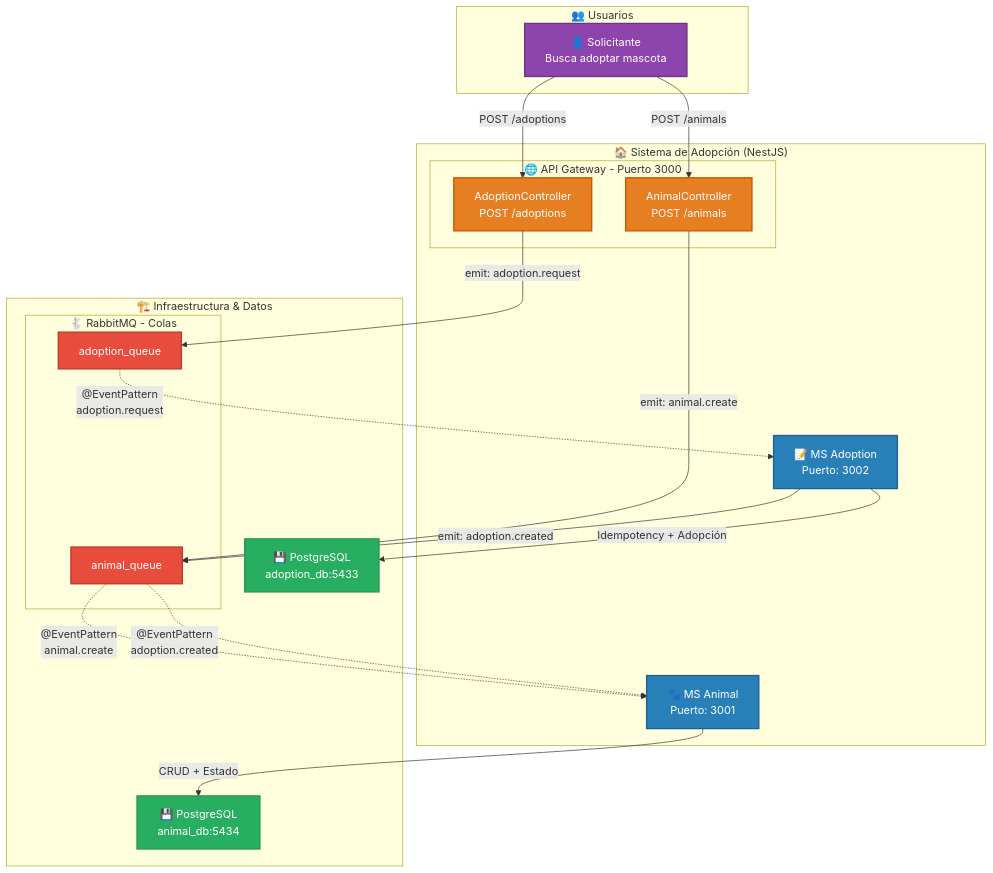
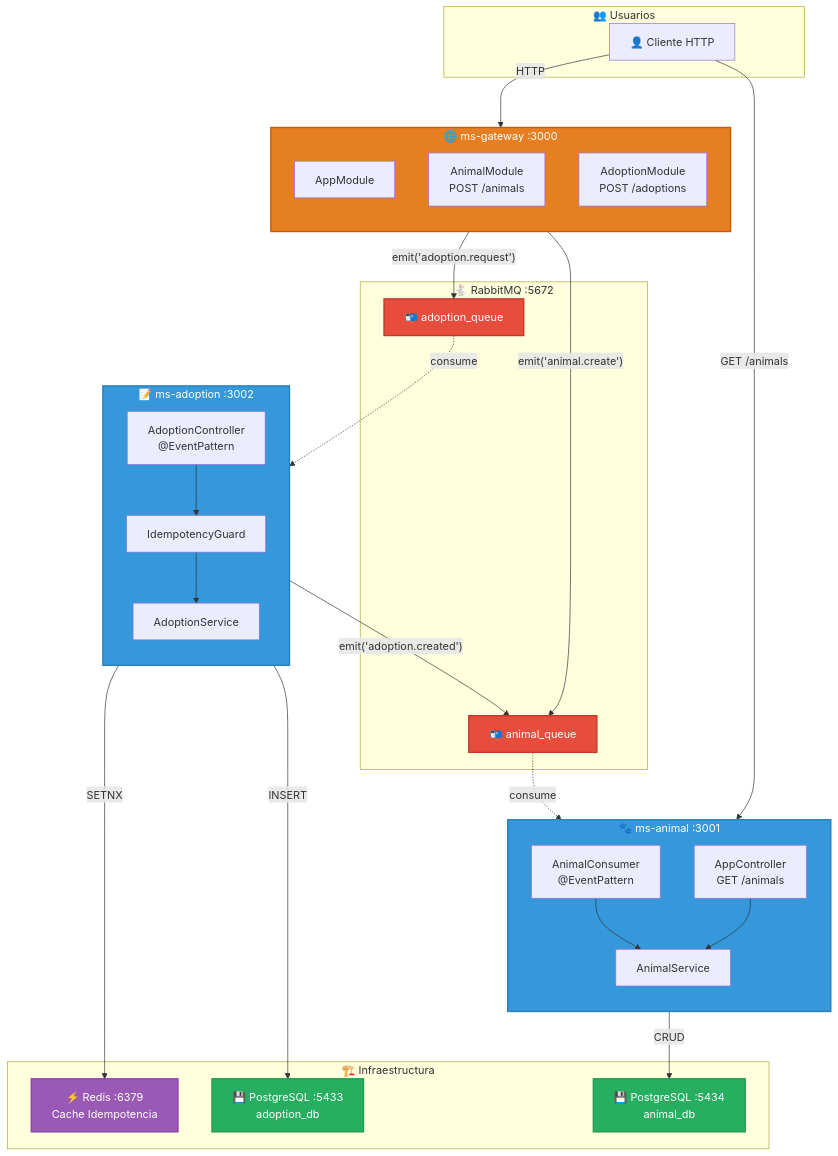
Before and after one commit to justinz12xd/practicaweb-resilencia: the first of 3 diagrams in README.md, drawn with Mermaid. The commit also changed other lines of this file and 6 other files, not shown here.

Commit message:
diagrama nuevo con redis

````diff
--- a/README.md
+++ b/README.md
@@ -5,65 +5,85 @@
 ```mermaid
-graph TD
-    %% --- GRUPO 1: USUARIOS ---
+graph TB
+    %% --- USUARIOS ---
     subgraph USERS ["👥 Usuarios"]
-        U1["👤 Solicitante<br/>Busca adoptar mascota"]
+        U1["👤 Cliente HTTP"]
     end
 
-    %% --- GRUPO 2: SISTEMA INTERNO (Microservicios) ---
-    subgraph SYSTEM ["🏠 Sistema de Adopción (NestJS)"]
-        subgraph GW_GROUP ["🌐 API Gateway - Puerto 3000"]
-            GW_ANIMAL["AnimalController<br/>POST /animals"]
-            GW_ADOPT["AdoptionController<br/>POST /adoptions"]
-        end
-        MS_ADOP["📝 MS Adoption<br/>Puerto: 3002"]
-        MS_ANI["🐾 MS Animal<br/>Puerto: 3001"]
+    %% --- API GATEWAY ---
+    subgraph GATEWAY ["🌐 ms-gateway :3000"]
+        direction TB
+        GW_APP["AppModule"]
+        GW_ANIMAL["AnimalModule<br/>POST /animals"]
+        GW_ADOPT["AdoptionModule<br/>POST /adoptions"]
     end
 
-    %% --- GRUPO 3: INFRAESTRUCTURA EXTERNA ---
-    subgraph INFRA ["🏗️ Infraestructura & Datos"]
-        subgraph QUEUES ["🐇 RabbitMQ - Colas"]
-            Q_ANIMAL["animal_queue"]
-            Q_ADOPT["adoption_queue"]
-        end
-        DB_ADOP["💾 PostgreSQL<br/>adoption_db:5433"]
-        DB_ANI["💾 PostgreSQL<br/>animal_db:5434"]
+    %% --- RABBITMQ ---
+    subgraph RABBIT ["🐇 RabbitMQ :5672"]
+        Q_ANIMAL["📬 animal_queue"]
+        Q_ADOPT["📬 adoption_queue"]
     end
 
-    %% --- RELACIONES ---
+    %% --- MS ADOPTION ---
+    subgraph MS_ADOPTION ["📝 ms-adoption :3002"]
+        direction TB
+        ADOPT_CTRL["AdoptionController<br/>@EventPattern"]
+        ADOPT_SVC["AdoptionService"]
+        IDEMP_GUARD["IdempotencyGuard"]
+    end
+
+    %% --- MS ANIMAL ---
+    subgraph MS_ANIMAL ["🐾 ms-animal :3001"]
+        direction TB
+        ANI_CONSUMER["AnimalConsumer<br/>@EventPattern"]
+        ANI_SVC["AnimalService"]
+        ANI_CTRL["AppController<br/>GET /animals"]
+    end
+
+    %% --- INFRAESTRUCTURA ---
+    subgraph INFRA ["🏗️ Infraestructura"]
+        REDIS["⚡ Redis :6379<br/>Cache Idempotencia"]
+        DB_ADOPT["💾 PostgreSQL :5433<br/>adoption_db"]
+        DB_ANIMAL["💾 PostgreSQL :5434<br/>animal_db"]
+    end
+
+    %% --- FLUJOS ---
     
-    %% Flujo del Usuario
-    U1 -- "POST /animals" --> GW_ANIMAL
-    U1 -- "POST /adoptions" --> GW_ADOPT
+    %% Usuario al Gateway
+    U1 -->|"HTTP"| GATEWAY
 
-    %% Gateway publica a colas
-    GW_ANIMAL -- "emit: animal.create" --> Q_ANIMAL
-    GW_ADOPT -- "emit: adoption.request" --> Q_ADOPT
+    %% Gateway a RabbitMQ
+    GW_ANIMAL -->|"emit('animal.create')"| Q_ANIMAL
+    GW_ADOPT -->|"emit('adoption.request')"| Q_ADOPT
 
-    %% MS Animal consume de animal_queue
-    Q_ANIMAL -.->|"@EventPattern<br/>animal.create"| MS_ANI
-    Q_ANIMAL -.->|"@EventPattern<br/>adoption.created"| MS_ANI
+    %% RabbitMQ a Microservicios
+    Q_ADOPT -.->|"consume"| ADOPT_CTRL
+    Q_ANIMAL -.->|"consume"| ANI_CONSUMER
 
-    %% MS Adoption consume de adoption_queue
-    Q_ADOPT -.->|"@EventPattern<br/>adoption.request"| MS_ADOP
+    %% Flujo interno MS Adoption
+    ADOPT_CTRL --> IDEMP_GUARD
+    IDEMP_GUARD -->|"SETNX"| REDIS
+    IDEMP_GUARD --> ADOPT_SVC
+    ADOPT_SVC -->|"INSERT"| DB_ADOPT
+    ADOPT_SVC -->|"emit('adoption.created')"| Q_ANIMAL
 
-    %% MS Adoption publica a animal_queue
-    MS_ADOP -- "emit: adoption.created" --> Q_ANIMAL
+    %% Flujo interno MS Animal
+    ANI_CONSUMER --> ANI_SVC
+    ANI_SVC -->|"CRUD"| DB_ANIMAL
 
-    %% Persistencia
-    MS_ADOP -->|"Idempotency + Adopción"| DB_ADOP
-    MS_ANI -->|"CRUD + Estado"| DB_ANI
+    %% Usuario consulta animales
+    U1 -->|"GET /animals"| ANI_CTRL
+    ANI_CTRL --> ANI_SVC
 
     %% --- ESTILOS ---
-    classDef userStyle fill:#8e44ad,stroke:#6c3483,stroke-width:2px,color:#fff
-    classDef gatewayStyle fill:#e67e22,stroke:#d35400,stroke-width:2px,color:#fff
-    classDef systemStyle fill:#2980b9,stroke:#1f618d,stroke-width:2px,color:#fff
-    classDef queueStyle fill:#e74c3c,stroke:#c0392b,stroke-width:2px,color:#fff
-    classDef dbStyle fill:#27ae60,stroke:#229954,stroke-width:2px,color:#fff
+    classDef gateway fill:#e67e22,stroke:#d35400,stroke-width:2px,color:#fff
+    classDef microservice fill:#3498db,stroke:#2980b9,stroke-width:2px,color:#fff
+    classDef queue fill:#e74c3c,stroke:#c0392b,stroke-width:2px,color:#fff
+    classDef db fill:#27ae60,stroke:#229954,stroke-width:2px,color:#fff
+    classDef cache fill:#9b59b6,stroke:#8e44ad,stroke-width:2px,color:#fff
 
-    %% Asignación de estilos
-    class U1 userStyle
-    class GW_ANIMAL,GW_ADOPT gatewayStyle
-    class MS_ADOP,MS_ANI systemStyle
-    class Q_ANIMAL,Q_ADOPT queueStyle
-    class DB_ADOP,DB_ANI dbStyle
+    class GATEWAY gateway
+    class MS_ADOPTION,MS_ANIMAL microservice
+    class Q_ANIMAL,Q_ADOPT queue
+    class DB_ADOPT,DB_ANIMAL db
+    class REDIS cache
 ```
````
